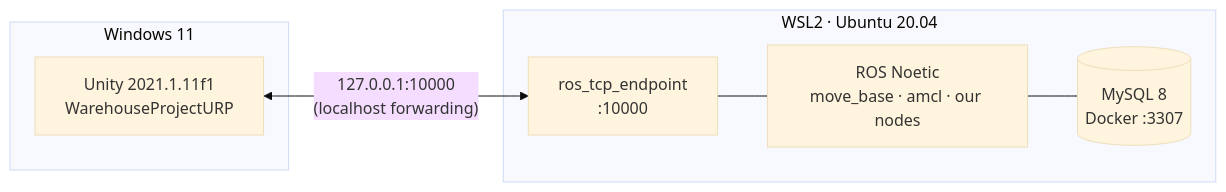
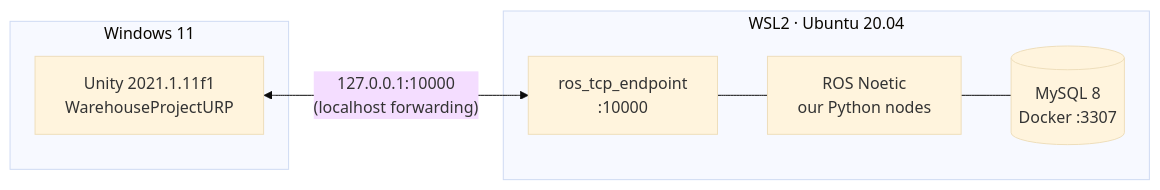
One commit to HoNguyen17/Mobile_Robo_SuppliesChain changed the diagram in docs/setup-windows-wsl.md. Above: the diagram before and after it, drawn with Mermaid (base theme). The commit also changed other lines of this file and 10 other files, not shown here.

First line of the commit message:
docs: re-align the plan with the custom Python navigation code base

````diff
--- a/docs/setup-windows-wsl.md
+++ b/docs/setup-windows-wsl.md
@@ -5,14 +5,14 @@
 ```mermaid
 flowchart LR
     subgraph WIN["Windows 11"]
         U["Unity 2021.1.11f1<br/>WarehouseProjectURP"]
     end
     subgraph WSL["WSL2 · Ubuntu 20.04"]
         E["ros_tcp_endpoint<br/>:10000"]
-        R["ROS Noetic<br/>move_base · amcl · our nodes"]
+        R["ROS Noetic<br/>our Python nodes"]
         D[("MySQL 8<br/>Docker :3307")]
     end
     U <-->|"127.0.0.1:10000<br/>(localhost forwarding)"| E
     E --- R
     R --- D
 ```
````
